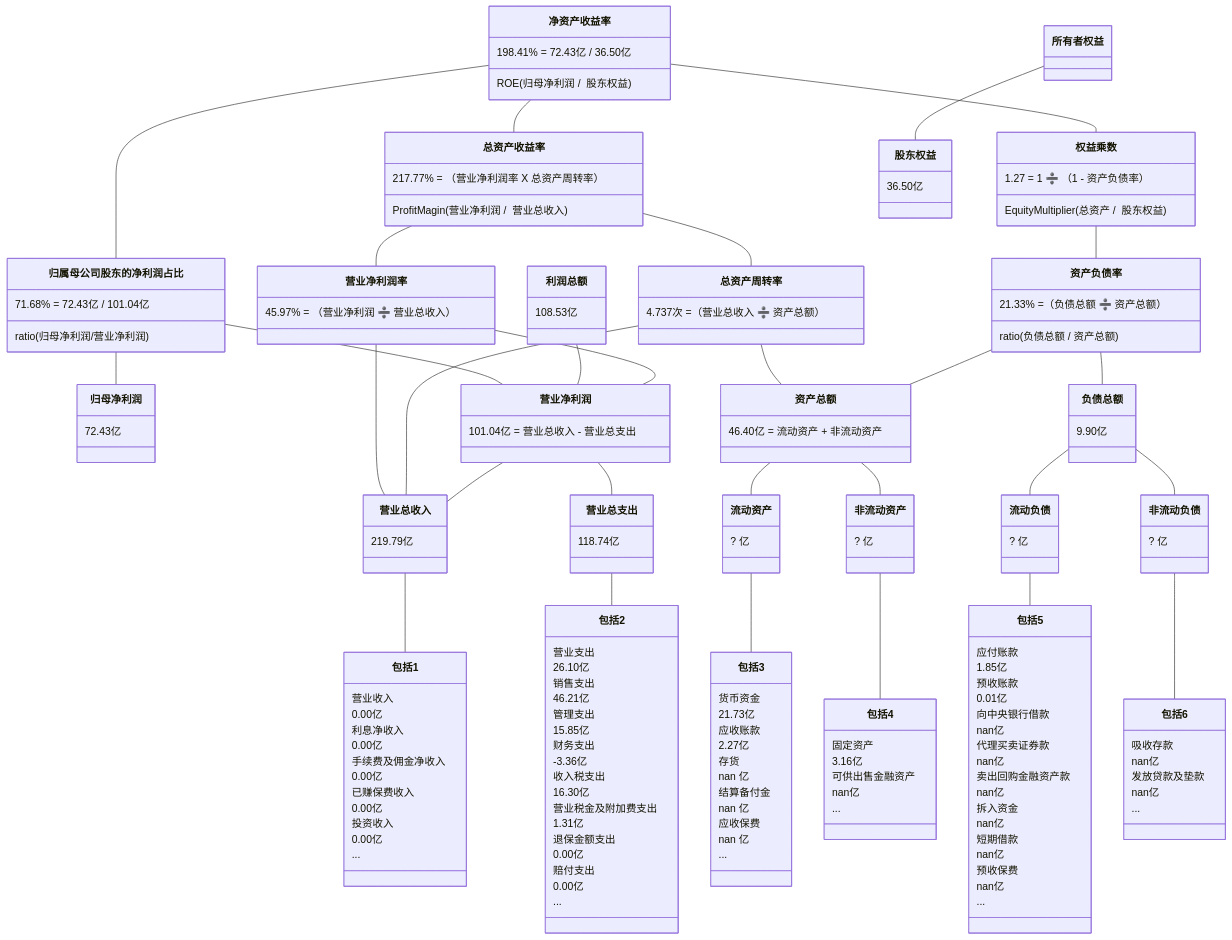
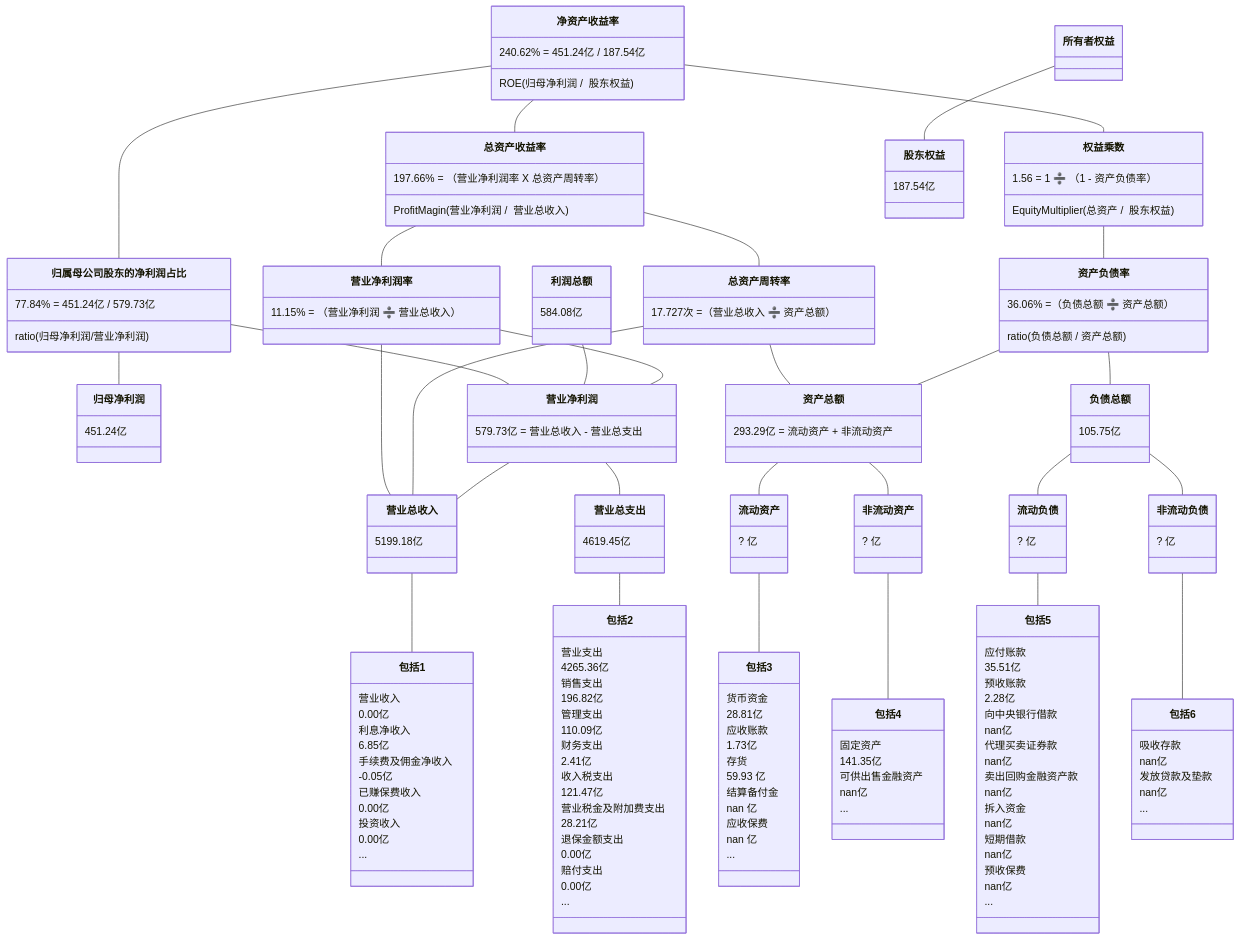
Before and after one commit to TheVeryDarkness/cs410: the tenth of 10 diagrams in 2/2.md, drawn with Mermaid. The commit also changed other lines of this file and 59 other files, not shown here.

````diff
--- a/2/2.md
+++ b/2/2.md
@@ -1415,45 +1455,45 @@
 ```mermaid
 classDiagram
 净资产收益率 -- 总资产收益率
-    净资产收益率 : 198.41% = 72.43亿 / 36.50亿
+    净资产收益率 : 240.62% = 451.24亿 / 187.54亿
     净资产收益率 : ROE(归母净利润 /  股东权益)
-    总资产收益率 : 217.77% = （营业净利润率 X 总资产周转率）
+    总资产收益率 : 197.66% = （营业净利润率 X 总资产周转率）
     总资产收益率 : ProfitMagin(营业净利润 /  营业总收入)
 净资产收益率 -- 归属母公司股东的净利润占比
-	  归属母公司股东的净利润占比 : 71.68% = 72.43亿 / 101.04亿
+	  归属母公司股东的净利润占比 : 77.84% = 451.24亿 / 579.73亿
 	  归属母公司股东的净利润占比 : ratio(归母净利润/营业净利润)
 归属母公司股东的净利润占比 -- 归母净利润
-    归母净利润 : 72.43亿
+    归母净利润 : 451.24亿
 归属母公司股东的净利润占比 -- 营业净利润
-利润总额 : 108.53亿
+利润总额 : 584.08亿
 利润总额 -- 营业净利润
 净资产收益率 -- 权益乘数
-    权益乘数 : 1.27 = 1 ➗ （1 - 资产负债率）
+    权益乘数 : 1.56 = 1 ➗ （1 - 资产负债率）
     权益乘数 : EquityMultiplier(总资产 /  股东权益)
 
 总资产收益率 -- 营业净利润率
-    营业净利润率 : 45.97% = （营业净利润 ➗ 营业总收入）
+    营业净利润率 : 11.15% = （营业净利润 ➗ 营业总收入）
 总资产收益率 -- 总资产周转率
-    总资产周转率 : 4.737次 =（营业总收入 ➗ 资产总额）
+    总资产周转率 : 17.727次 =（营业总收入 ➗ 资产总额）
 权益乘数 -- 资产负债率
-    资产负债率  : 21.33% =（负债总额 ➗ 资产总额）
+    资产负债率  : 36.06% =（负债总额 ➗ 资产总额）
     资产负债率  : ratio(负债总额 / 资产总额)
 
 营业净利润率 -- 营业净利润
-    营业净利润 : 101.04亿 = 营业总收入 - 营业总支出
+    营业净利润 : 579.73亿 = 营业总收入 - 营业总支出
 营业净利润率 -- 营业总收入
 总资产周转率 -- 营业总收入
 总资产周转率 -- 资产总额
-    资产总额 : 46.40亿 = 流动资产 + 非流动资产
+    资产总额 : 293.29亿 = 流动资产 + 非流动资产
 资产负债率 -- 负债总额
-    负债总额 : 9.90亿
+    负债总额 : 105.75亿
 资产负债率 -- 资产总额
 
 
 营业净利润 -- 营业总收入
-    营业总收入 : 219.79亿
+    营业总收入 : 5199.18亿
 营业净利润 -- 营业总支出
-    营业总支出 : 118.74亿
+    营业总支出 : 4619.45亿
 资产总额 -- 流动资产
 	  流动资产 : ? 亿
 资产总额 -- 非流动资产
@@ -1467,9 +1507,9 @@
     包括1 : 营业收入
     包括1 : 0.00亿
     包括1 : 利息净收入
-    包括1 : 0.00亿
+    包括1 : 6.85亿
     包括1 : 手续费及佣金净收入
-    包括1 : 0.00亿
+    包括1 : -0.05亿
     包括1 : 已赚保费收入
     包括1 : 0.00亿
     包括1 : 投资收入
@@ -1477,17 +1517,17 @@
     包括1 : ...
 营业总支出 -- 包括2
     包括2 : 营业支出
-    包括2 : 26.10亿
+    包括2 : 4265.36亿
     包括2 : 销售支出
-    包括2 : 46.21亿
+    包括2 : 196.82亿
     包括2 : 管理支出
-    包括2 : 15.85亿
+    包括2 : 110.09亿
     包括2 : 财务支出
-    包括2 : -3.36亿
+    包括2 : 2.41亿
     包括2 : 收入税支出
-    包括2 : 16.30亿
+    包括2 : 121.47亿
     包括2 : 营业税金及附加费支出
-    包括2 : 1.31亿
+    包括2 : 28.21亿
     包括2 : 退保金额支出
     包括2 : 0.00亿
     包括2 : 赔付支出
@@ -1495,11 +1535,11 @@
     包括2 : ...
 流动资产 -- 包括3
     包括3 : 货币资金
-    包括3 : 21.73亿
+    包括3 : 28.81亿
     包括3 : 应收账款
-    包括3 : 2.27亿
+    包括3 : 1.73亿
     包括3 : 存货
-    包括3 : nan 亿
+    包括3 : 59.93 亿
     包括3 : 结算备付金
     包括3 : nan 亿
     包括3 : 应收保费
@@ -1507,15 +1547,15 @@
     包括3 : ...
 非流动资产 -- 包括4
     包括4 : 固定资产
-    包括4 : 3.16亿
+    包括4 : 141.35亿
     包括4 : 可供出售金融资产
     包括4 : nan亿
     包括4 : ...
 流动负债 -- 包括5
     包括5 : 应付账款
-    包括5 : 1.85亿
+    包括5 : 35.51亿
     包括5 : 预收账款
-    包括5 : 0.01亿
+    包括5 : 2.28亿
     包括5 : 向中央银行借款
     包括5 : nan亿
     包括5 : 代理买卖证券款
@@ -1536,5 +1576,5 @@
     包括6 : nan亿
     包括6 : ...
 所有者权益 -- 股东权益
-    股东权益 : 36.50亿
+    股东权益 : 187.54亿
 ```
````
